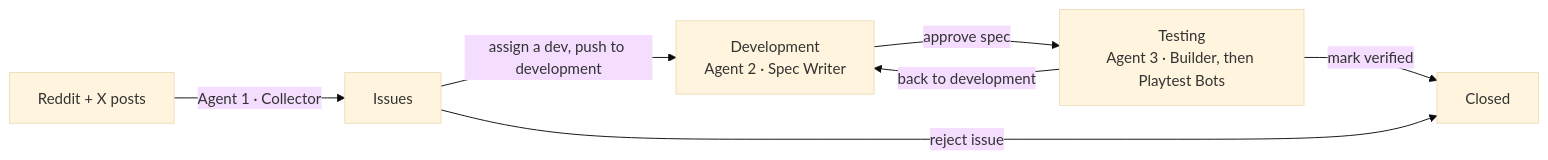
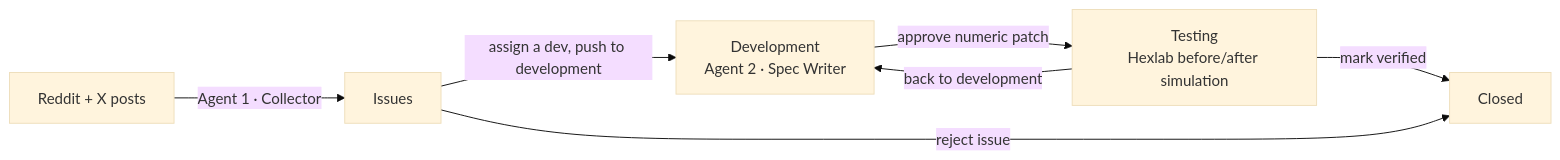
The diagram in ui/README.md (danielxtran/DevHacks2026), drawn with Mermaid (base theme) before and after one commit. The commit also changed other lines of this file and 43 other files, not shown here.

First line of the commit message:
Connect Testing to the Hexlab simulator with measured results and replays

````diff
--- a/ui/README.md
+++ b/ui/README.md
@@ -21,9 +31,9 @@
 ```mermaid
 flowchart LR
   P[Reddit + X posts] -->|Agent 1 · Collector| I[Issues]
   I -->|assign a dev, push to development| D[Development<br/>Agent 2 · Spec Writer]
-  D -->|approve spec| T[Testing<br/>Agent 3 · Builder, then Playtest Bots]
+  D -->|approve numeric patch| T[Testing<br/>Hexlab before/after simulation]
   T -->|mark verified| C[Closed]
   T -->|back to development| D
   I -->|reject issue| C
 ```
````
